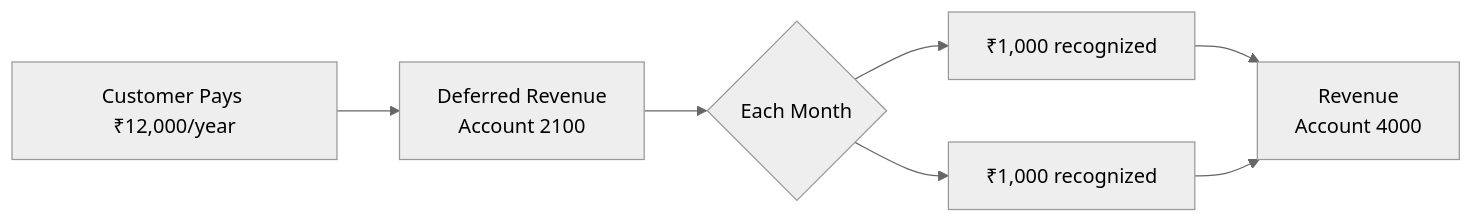
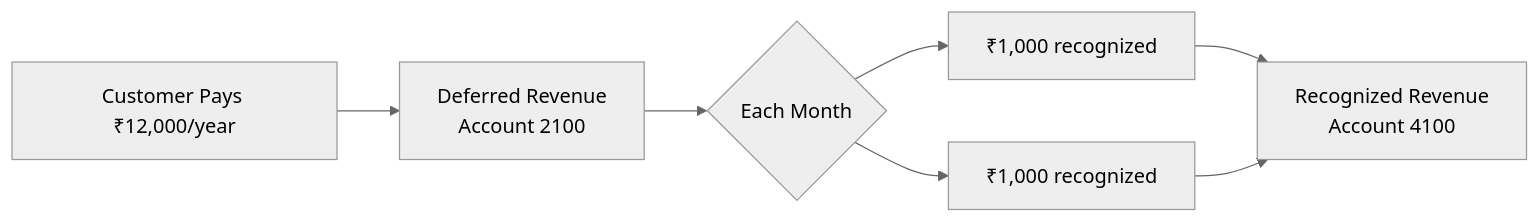
Before and after one commit to recurso-dev/docs: the first of 2 diagrams in advanced/revenue-recognition.mdx, drawn with Mermaid (neutral theme). The commit also changed other lines of this file and 3 other files, not shown here.

First line of the commit message:
docs: truth pass 2 — accounting postings & chart of accounts

````diff
--- a/advanced/revenue-recognition.mdx
+++ b/advanced/revenue-recognition.mdx
@@ -14,9 +14,9 @@
 ```mermaid
 flowchart LR
     A[Customer Pays ₹12,000/year] --> B[Deferred Revenue<br/>Account 2100]
     B --> C{Each Month}
     C --> D[₹1,000 recognized]
-    D --> E[Revenue<br/>Account 4000]
+    D --> E[Recognized Revenue<br/>Account 4100]
     C --> F[₹1,000 recognized]
     F --> E
 ```
````
